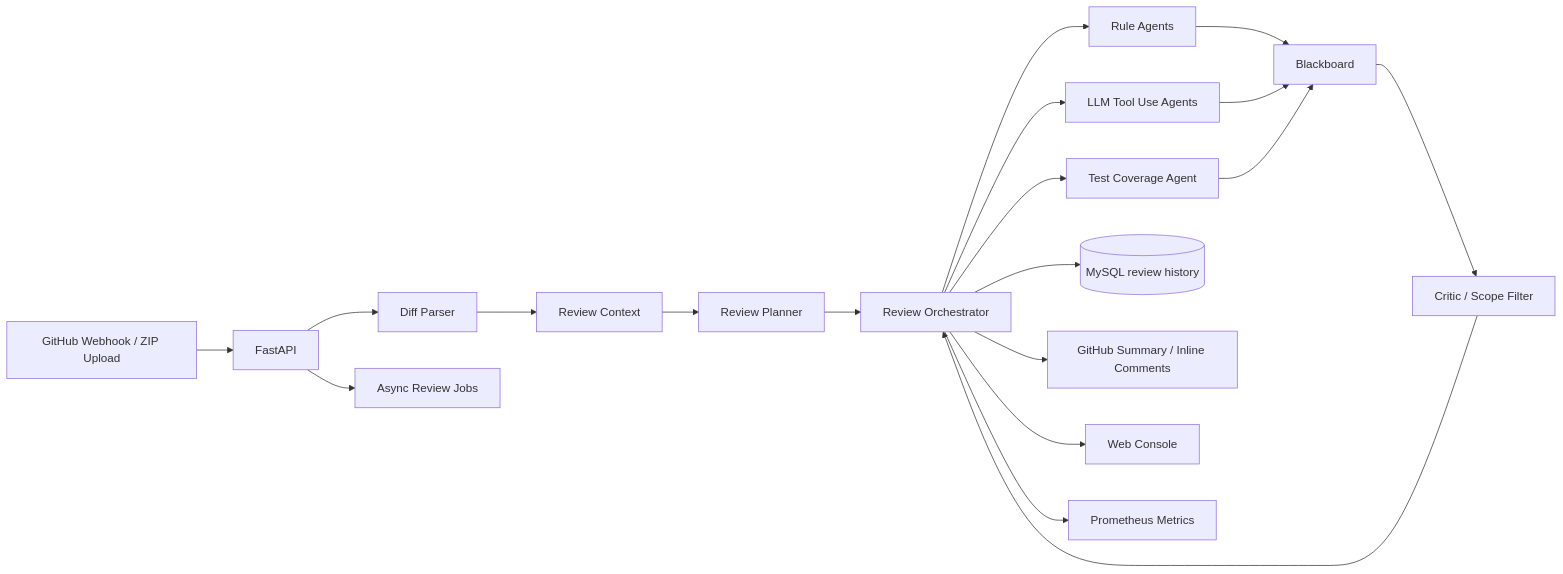
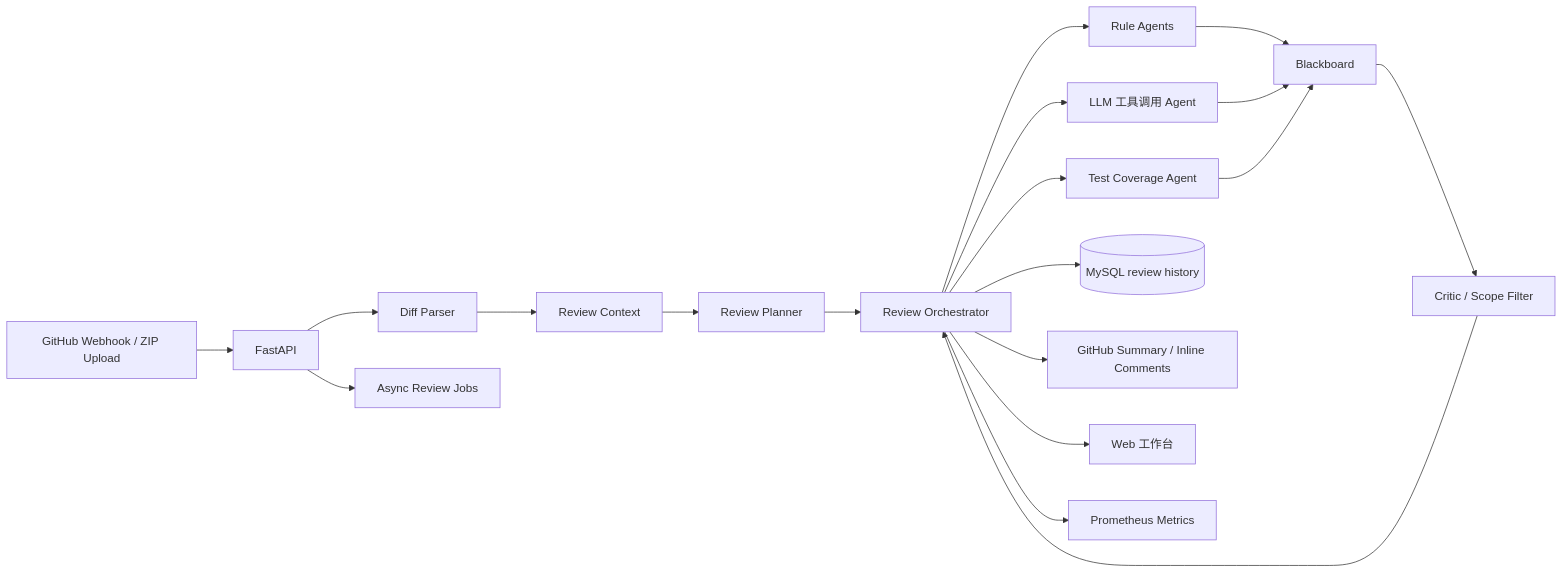
One commit to lemon7Cy/multi-agent-code-review changed the diagram in docs/ARCHITECTURE.md. Above: the diagram before and after it, drawn with Mermaid. The commit also changed other lines of this file and 3 other files, not shown here.

````diff
--- a/docs/ARCHITECTURE.md
+++ b/docs/ARCHITECTURE.md
@@ -3,21 +3,21 @@
 ```mermaid
 flowchart LR
   GH["GitHub Webhook / ZIP Upload"] --> API["FastAPI"]
   API --> Diff["Diff Parser"]
   Diff --> Ctx["Review Context"]
   Ctx --> Plan["Review Planner"]
   Plan --> O["Review Orchestrator"]
   O --> R1["Rule Agents"]
-  O --> R2["LLM Tool Use Agents"]
+  O --> R2["LLM 工具调用 Agent"]
   O --> R3["Test Coverage Agent"]
   R1 --> BB["Blackboard"]
   R2 --> BB
   R3 --> BB
   BB --> Critic["Critic / Scope Filter"]
   Critic --> O
   O --> DB[("MySQL review history")]
   O --> PR["GitHub Summary / Inline Comments"]
-  O --> UI["Web Console"]
+  O --> UI["Web 工作台"]
   O --> M["Prometheus Metrics"]
   API --> Jobs["Async Review Jobs"]
 ```
````
